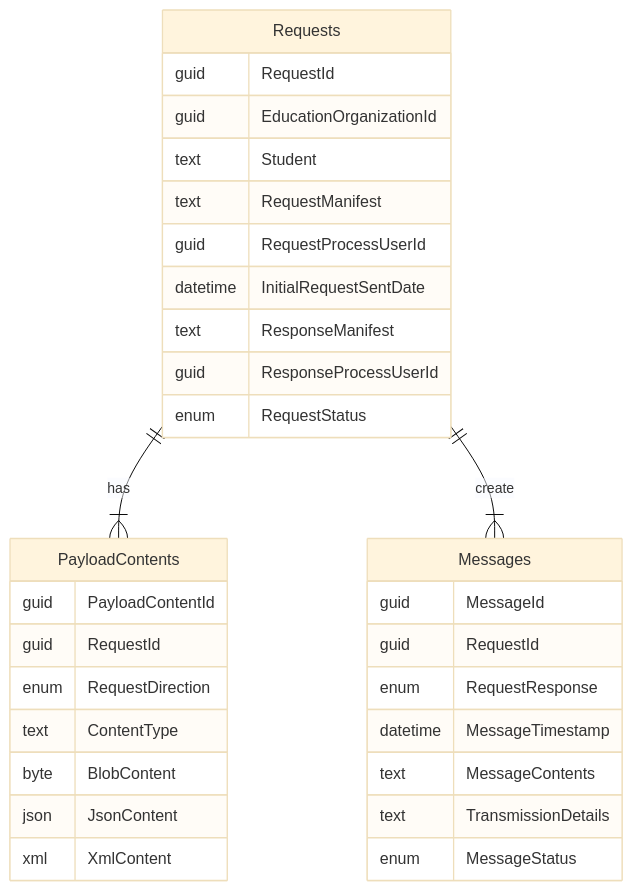
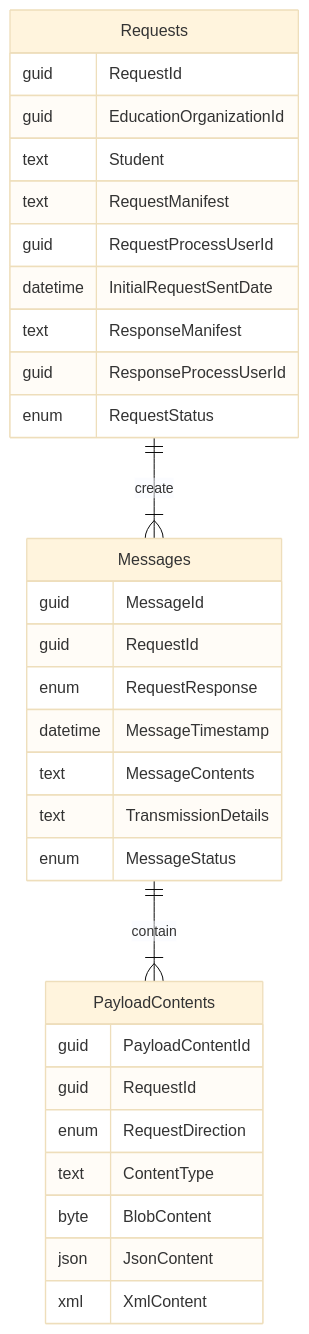
Before and after one commit to oregonnexus/broker-docs: the diagram in requests.md, drawn with Mermaid (base theme).

Commit message:
Change PayloadContents to foreign key Messages

````diff
--- a/requests.md
+++ b/requests.md
@@ -6,34 +6,34 @@
 ```mermaid
 erDiagram
-    Requests ||--|{ PayloadContents : has
     Requests {
         guid RequestId
         guid EducationOrganizationId
         text Student
         text RequestManifest
         guid RequestProcessUserId
         datetime InitialRequestSentDate
         text ResponseManifest
         guid ResponseProcessUserId
         enum RequestStatus
     }
     Requests ||--|{ Messages : create
     Messages {
     	guid MessageId
     	guid RequestId
     	enum RequestResponse
     	datetime MessageTimestamp
     	text MessageContents
     	text TransmissionDetails
     	enum MessageStatus
     }
+    Messages ||--|{ PayloadContents : contain
     PayloadContents {
         guid PayloadContentId
         guid RequestId
         enum RequestDirection
         text ContentType
         byte BlobContent
         json JsonContent
         xml XmlContent
     }
 ```
````
